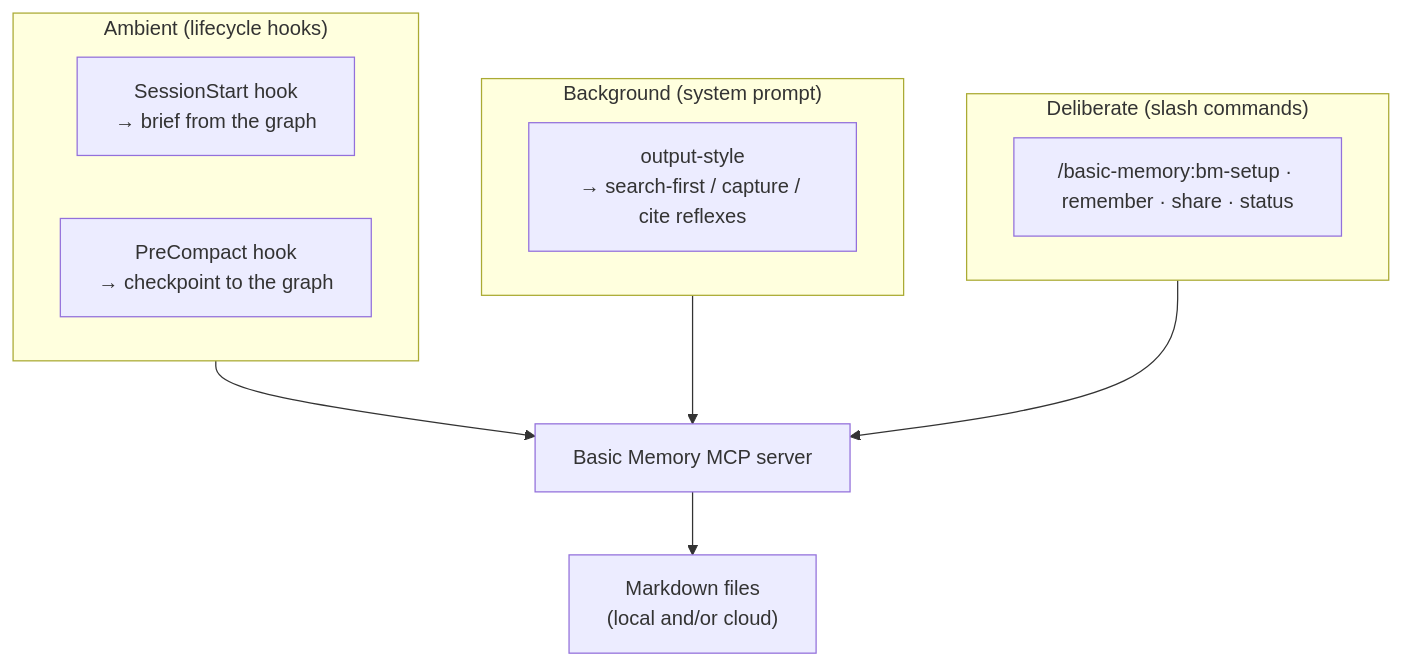
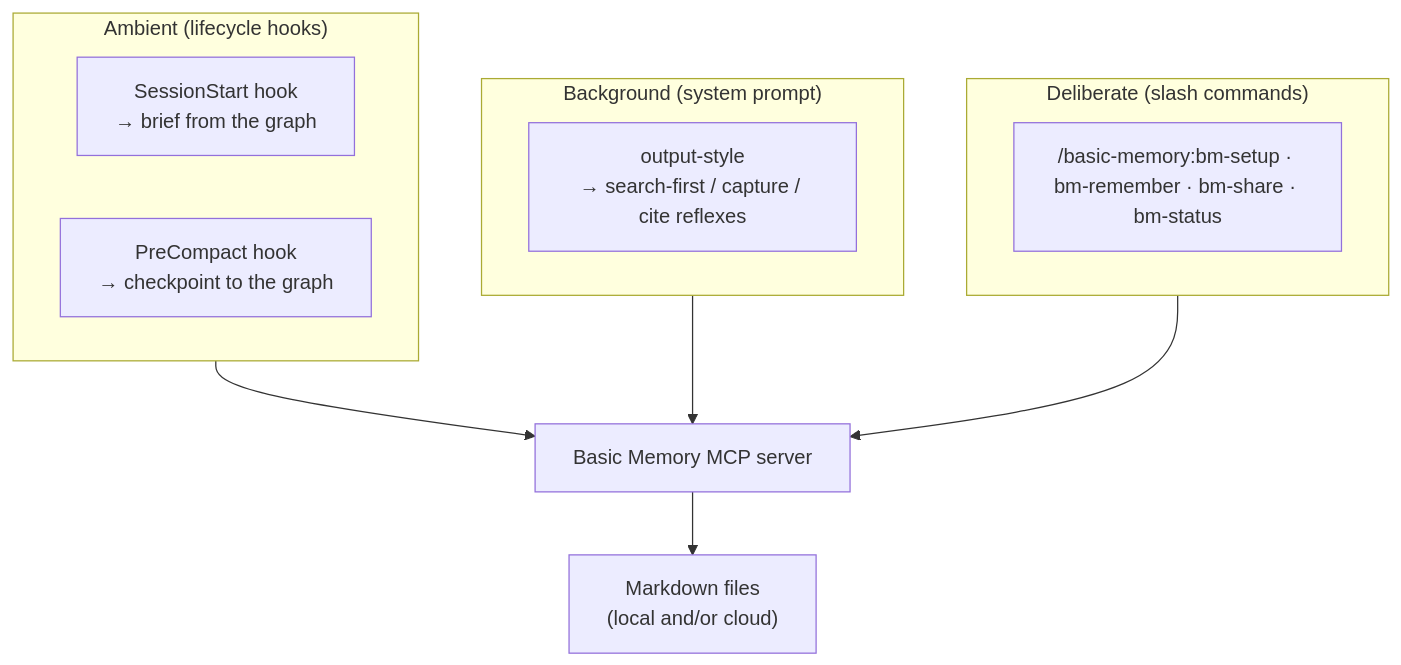
One commit to basicmachines-co/basic-memory changed the second of 6 diagrams in plugins/claude-code/docs/architecture.md. Above: the diagram before and after it, drawn with Mermaid. The commit also changed other lines of this file and 1 other file, not shown here.

Commit message:
docs(plugins): record the bm- prefix as a picker workaround + fix rename stragglers
Rewrites the §4.4 naming note in DESIGN (which the rename left self-contradictory)
to record the actual decision and its rationale: the bm- prefix exists because the
Claude Code slash picker shows only the bare skill name (the basic-memory namespace
is tooltip-only), so un-prefixed skills blend into the list. Notes it's a workaround
for the upstream gap (anthropics/claude-code#50486) to revisit if that lands, and
that #22063 doesn't affect us (name == dir keeps the namespace).

Also fixes two stragglers the rename missed in architecture.md (the `·`-separated
command label and the 4-item `skills/{…}` path now show bm-*).

````diff
--- a/plugins/claude-code/docs/architecture.md
+++ b/plugins/claude-code/docs/architecture.md
@@ -31,18 +31,18 @@
 ```mermaid
 flowchart TB
     subgraph Ambient["Ambient (lifecycle hooks)"]
         SS["SessionStart hook<br/>→ brief from the graph"]
         PC["PreCompact hook<br/>→ checkpoint to the graph"]
     end
     subgraph Background["Background (system prompt)"]
         OS["output-style<br/>→ search-first / capture / cite reflexes"]
     end
     subgraph Deliberate["Deliberate (slash commands)"]
-        SK["/basic-memory:bm-setup · remember · share · status"]
+        SK["/basic-memory:bm-setup · bm-remember · bm-share · bm-status"]
     end
 
     Ambient --> MCP["Basic Memory MCP server"]
     Background --> MCP
     Deliberate --> MCP
     MCP --> Files["Markdown files<br/>(local and/or cloud)"]
 ```
````
